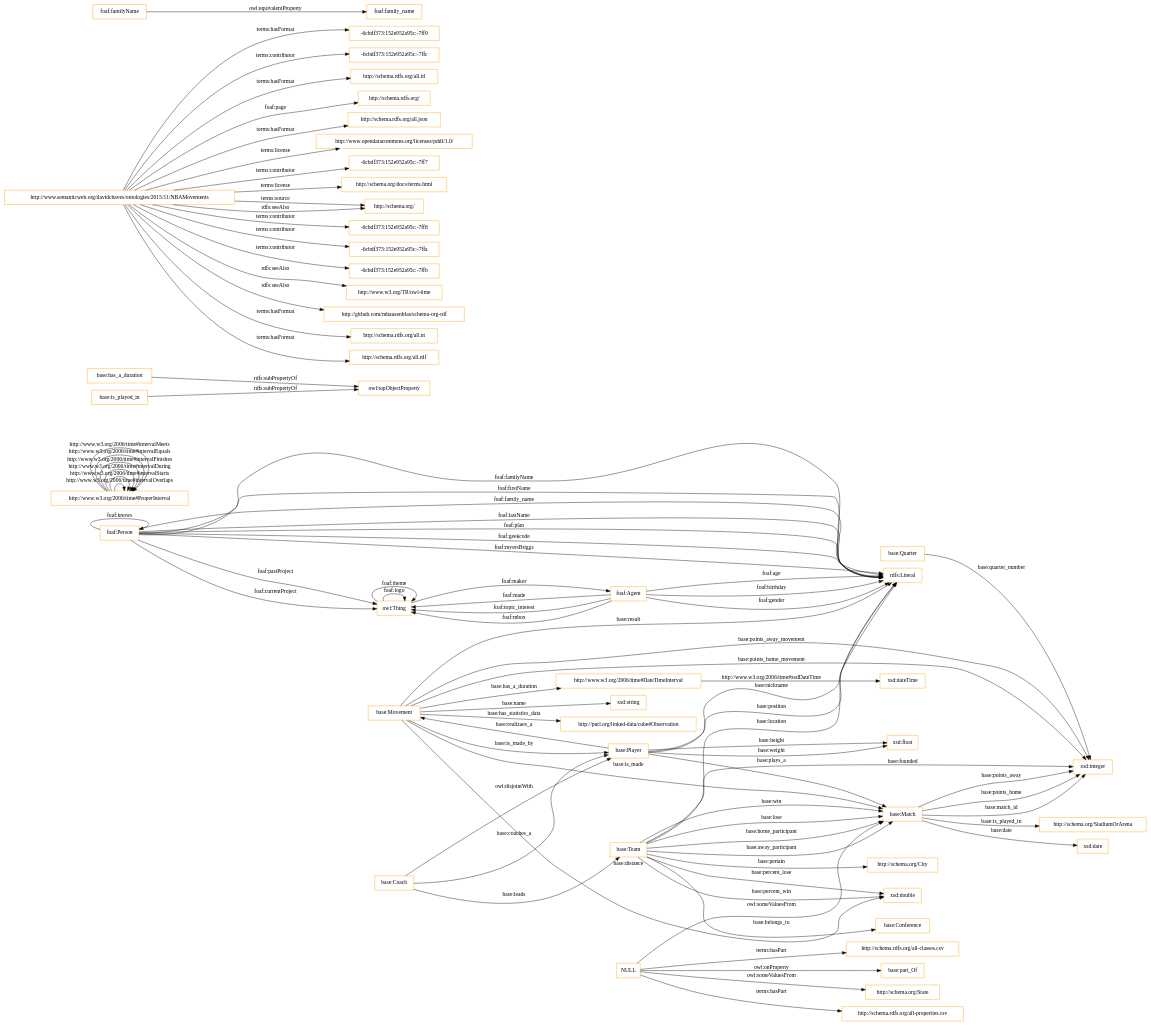
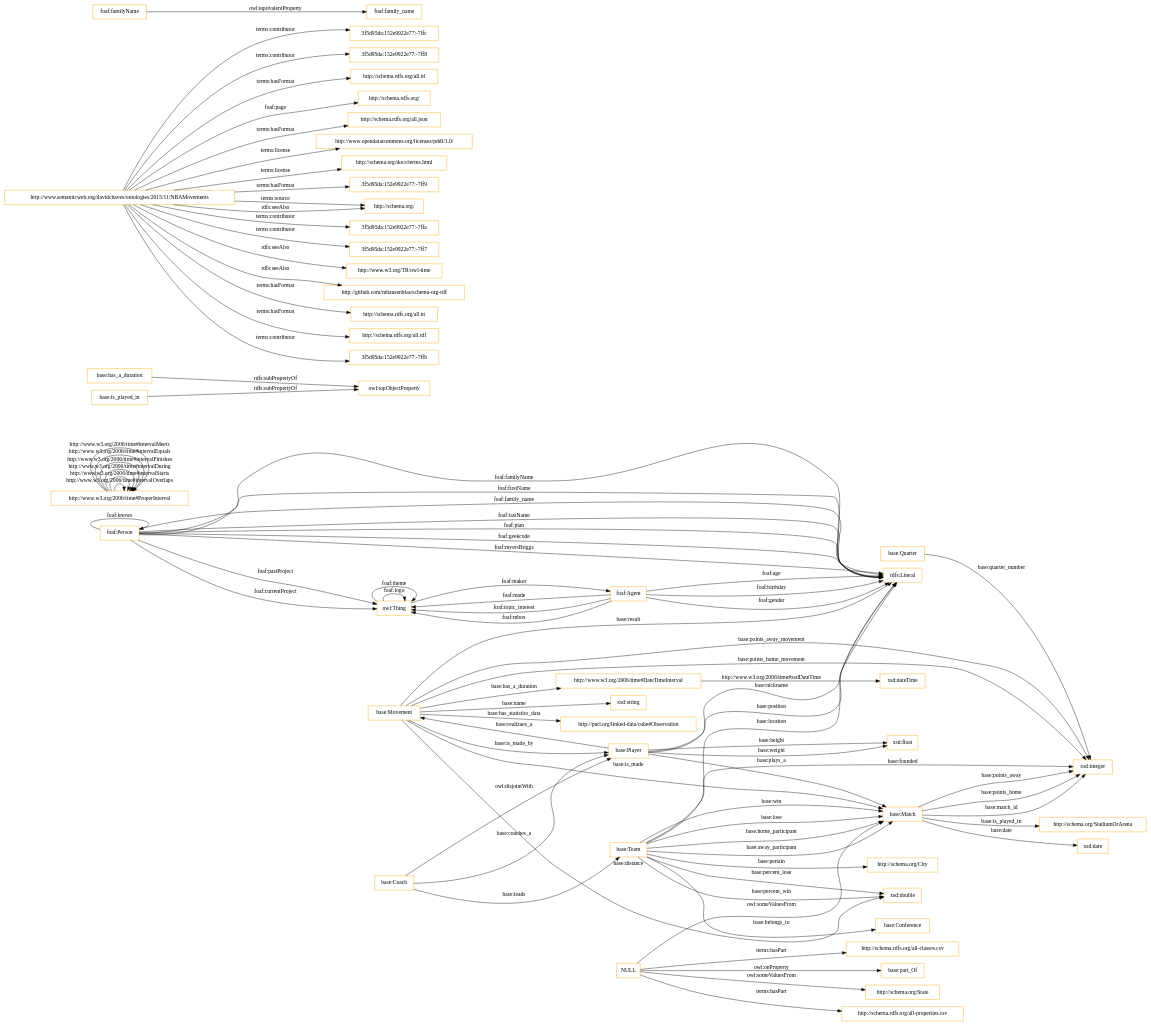
Before and after one commit to OnToologyUser/NBAMovements: the diagram in OnToology/NBAMovementsv2.owl/diagrams/ar2dtool-class/NBAMovementsv2.owl.png.dot, drawn with Graphviz. The commit also changed 4 other files, not shown here.

```diff
--- a/OnToology/NBAMovementsv2.owl/diagrams/ar2dtool-class/NBAMovementsv2.owl.png.dot
+++ b/OnToology/NBAMovementsv2.owl/diagrams/ar2dtool-class/NBAMovementsv2.owl.png.dot
@@ -1,91 +1,91 @@
 digraph ar2dtool_diagram { 
 rankdir=LR;
 size="1501"
 node [shape = rectangle, color="orange"]; "http://www.w3.org/2006/time#DateTimeInterval" "base:Team" "base:Coach" "http://www.w3.org/2006/time#ProperInterval" "http://schema.org/State" "http://schema.org/City" "foaf:Person" "base:Player" "base:Quarter" "http://schema.org/StadiumOrArena" "base:Match" "http://purl.org/linked-data/cube#Observation" "base:Movement" "base:Conference" ; /*classes style*/
 	"base:Coach" -> "base:Player" [ label = "owl:disjointWith" ];
 	"base:has_a_duration" -> "owl:topObjectProperty" [ label = "rdfs:subPropertyOf" ];
-	"http://www.semanticweb.org/davidchaves/ontologies/2015/11/NBAMovements" -> "-6cbdf373:152e952a95c:-7ff9" [ label = "terms:hasFormat" ];
-	"http://www.semanticweb.org/davidchaves/ontologies/2015/11/NBAMovements" -> "-6cbdf373:152e952a95c:-7ffc" [ label = "terms:contributor" ];
+	"http://www.semanticweb.org/davidchaves/ontologies/2015/11/NBAMovements" -> "3f5d95da:152e9922e77:-7ffc" [ label = "terms:contributor" ];
+	"http://www.semanticweb.org/davidchaves/ontologies/2015/11/NBAMovements" -> "3f5d95da:152e9922e77:-7ff8" [ label = "terms:contributor" ];
 	"http://www.semanticweb.org/davidchaves/ontologies/2015/11/NBAMovements" -> "http://schema.rdfs.org/all.ttl" [ label = "terms:hasFormat" ];
 	"http://www.semanticweb.org/davidchaves/ontologies/2015/11/NBAMovements" -> "http://schema.rdfs.org/" [ label = "foaf:page" ];
 	"http://www.semanticweb.org/davidchaves/ontologies/2015/11/NBAMovements" -> "http://schema.rdfs.org/all.json" [ label = "terms:hasFormat" ];
 	"http://www.semanticweb.org/davidchaves/ontologies/2015/11/NBAMovements" -> "http://www.opendatacommons.org/licenses/pddl/1.0/" [ label = "terms:license" ];
-	"http://www.semanticweb.org/davidchaves/ontologies/2015/11/NBAMovements" -> "-6cbdf373:152e952a95c:-7ff7" [ label = "terms:contributor" ];
 	"http://www.semanticweb.org/davidchaves/ontologies/2015/11/NBAMovements" -> "http://schema.org/docs/terms.html" [ label = "terms:license" ];
+	"http://www.semanticweb.org/davidchaves/ontologies/2015/11/NBAMovements" -> "3f5d95da:152e9922e77:-7ff9" [ label = "terms:hasFormat" ];
 	"http://www.semanticweb.org/davidchaves/ontologies/2015/11/NBAMovements" -> "http://schema.org/" [ label = "terms:source" ];
-	"http://www.semanticweb.org/davidchaves/ontologies/2015/11/NBAMovements" -> "-6cbdf373:152e952a95c:-7ff8" [ label = "terms:contributor" ];
-	"http://www.semanticweb.org/davidchaves/ontologies/2015/11/NBAMovements" -> "-6cbdf373:152e952a95c:-7ffa" [ label = "terms:contributor" ];
-	"http://www.semanticweb.org/davidchaves/ontologies/2015/11/NBAMovements" -> "-6cbdf373:152e952a95c:-7ffb" [ label = "terms:contributor" ];
+	"http://www.semanticweb.org/davidchaves/ontologies/2015/11/NBAMovements" -> "3f5d95da:152e9922e77:-7ffa" [ label = "terms:contributor" ];
+	"http://www.semanticweb.org/davidchaves/ontologies/2015/11/NBAMovements" -> "3f5d95da:152e9922e77:-7ff7" [ label = "terms:contributor" ];
 	"http://www.semanticweb.org/davidchaves/ontologies/2015/11/NBAMovements" -> "http://www.w3.org/TR/owl-time" [ label = "rdfs:seeAlso" ];
 	"http://www.semanticweb.org/davidchaves/ontologies/2015/11/NBAMovements" -> "http://schema.org/" [ label = "rdfs:seeAlso" ];
 	"http://www.semanticweb.org/davidchaves/ontologies/2015/11/NBAMovements" -> "http://github.com/mhausenblas/schema-org-rdf" [ label = "rdfs:seeAlso" ];
 	"http://www.semanticweb.org/davidchaves/ontologies/2015/11/NBAMovements" -> "http://schema.rdfs.org/all.nt" [ label = "terms:hasFormat" ];
 	"http://www.semanticweb.org/davidchaves/ontologies/2015/11/NBAMovements" -> "http://schema.rdfs.org/all.rdf" [ label = "terms:hasFormat" ];
+	"http://www.semanticweb.org/davidchaves/ontologies/2015/11/NBAMovements" -> "3f5d95da:152e9922e77:-7ffb" [ label = "terms:contributor" ];
 	"base:is_played_in" -> "owl:topObjectProperty" [ label = "rdfs:subPropertyOf" ];
 	"foaf:familyName" -> "foaf:family_name" [ label = "owl:equivalentProperty" ];
+	"NULL" -> "http://schema.org/State" [ label = "owl:someValuesFrom" ];
 	"NULL" -> "http://schema.rdfs.org/all-properties.csv" [ label = "terms:hasPart" ];
 	"NULL" -> "http://schema.rdfs.org/all-classes.csv" [ label = "terms:hasPart" ];
 	"NULL" -> "base:Match" [ label = "owl:someValuesFrom" ];
-	"NULL" -> "http://schema.org/State" [ label = "owl:someValuesFrom" ];
 	"NULL" -> "base:part_Of" [ label = "owl:onProperty" ];
 	"base:Team" -> "rdfs:Literal" [ label = "base:location" ];
 	"owl:Thing" -> "foaf:Agent" [ label = "foaf:maker" ];
 	"base:Player" -> "rdfs:Literal" [ label = "base:nickname" ];
 	"base:Player" -> "rdfs:Literal" [ label = "base:position" ];
 	"base:Movement" -> "xsd:integer" [ label = "base:points_home_movement" ];
 	"http://www.w3.org/2006/time#ProperInterval" -> "http://www.w3.org/2006/time#ProperInterval" [ label = "http://www.w3.org/2006/time#intervalOverlaps" ];
 	"owl:Thing" -> "owl:Thing" [ label = "foaf:logo" ];
 	"foaf:Agent" -> "owl:Thing" [ label = "foaf:made" ];
 	"foaf:Agent" -> "rdfs:Literal" [ label = "foaf:birthday" ];
 	"base:Player" -> "base:Movement" [ label = "base:realizaes_a" ];
 	"foaf:Person" -> "rdfs:Literal" [ label = "foaf:familyName" ];
 	"base:Movement" -> "rdfs:Literal" [ label = "base:result" ];
 	"foaf:Person" -> "rdfs:Literal" [ label = "foaf:firstName" ];
 	"base:Team" -> "base:Match" [ label = "base:home_participant" ];
 	"foaf:Person" -> "owl:Thing" [ label = "foaf:currentProject" ];
 	"base:Movement" -> "http://purl.org/linked-data/cube#Observation" [ label = "base:has_statistics_data" ];
 	"http://www.w3.org/2006/time#ProperInterval" -> "http://www.w3.org/2006/time#ProperInterval" [ label = "http://www.w3.org/2006/time#intervalStarts" ];
 	"http://www.w3.org/2006/time#DateTimeInterval" -> "xsd:dateTime" [ label = "http://www.w3.org/2006/time#xsdDateTime" ];
 	"foaf:Agent" -> "owl:Thing" [ label = "foaf:topic_interest" ];
 	"base:Movement" -> "http://www.w3.org/2006/time#DateTimeInterval" [ label = "base:has_a_duration" ];
 	"foaf:Agent" -> "rdfs:Literal" [ label = "foaf:gender" ];
 	"base:Movement" -> "xsd:string" [ label = "base:name" ];
 	"base:Match" -> "xsd:integer" [ label = "base:points_away" ];
 	"base:Team" -> "base:Match" [ label = "base:away_participant" ];
 	"http://www.w3.org/2006/time#ProperInterval" -> "http://www.w3.org/2006/time#ProperInterval" [ label = "http://www.w3.org/2006/time#intervalDuring" ];
 	"base:Team" -> "base:Conference" [ label = "base:belongs_to" ];
 	"http://www.w3.org/2006/time#ProperInterval" -> "http://www.w3.org/2006/time#ProperInterval" [ label = "http://www.w3.org/2006/time#intervalFinishes" ];
 	"base:Coach" -> "base:Player" [ label = "base:coaches_a" ];
 	"base:Team" -> "xsd:integer" [ label = "base:founded" ];
 	"base:Team" -> "base:Match" [ label = "base:win" ];
 	"base:Match" -> "xsd:integer" [ label = "base:points_home" ];
 	"base:Team" -> "xsd:double" [ label = "base:percent_win" ];
 	"foaf:Person" -> "rdfs:Literal" [ label = "foaf:family_name" ];
 	"base:Movement" -> "xsd:double" [ label = "base:distance" ];
 	"base:Player" -> "xsd:float" [ label = "base:weight" ];
 	"base:Team" -> "base:Match" [ label = "base:lose" ];
 	"owl:Thing" -> "owl:Thing" [ label = "foaf:theme" ];
 	"base:Match" -> "xsd:date" [ label = "base:date" ];
 	"foaf:Agent" -> "rdfs:Literal" [ label = "foaf:age" ];
 	"foaf:Agent" -> "owl:Thing" [ label = "foaf:mbox" ];
 	"foaf:Person" -> "rdfs:Literal" [ label = "foaf:lastName" ];
 	"base:Team" -> "xsd:double" [ label = "base:percent_lose" ];
 	"http://www.w3.org/2006/time#ProperInterval" -> "http://www.w3.org/2006/time#ProperInterval" [ label = "http://www.w3.org/2006/time#intervalEquals" ];
 	"foaf:Person" -> "owl:Thing" [ label = "foaf:pastProject" ];
 	"base:Match" -> "xsd:integer" [ label = "base:match_id" ];
 	"base:Movement" -> "base:Player" [ label = "base:is_made_by" ];
 	"base:Match" -> "http://schema.org/StadiumOrArena" [ label = "base:is_played_in" ];
 	"foaf:Person" -> "foaf:Person" [ label = "foaf:knows" ];
 	"base:Player" -> "base:Match" [ label = "base:plays_a" ];
 	"foaf:Person" -> "rdfs:Literal" [ label = "foaf:plan" ];
 	"foaf:Person" -> "rdfs:Literal" [ label = "foaf:geekcode" ];
 	"base:Team" -> "http://schema.org/City" [ label = "base:pertain" ];
 	"base:Quarter" -> "xsd:integer" [ label = "base:quarter_number" ];
 	"base:Coach" -> "base:Team" [ label = "base:leads" ];
 	"base:Movement" -> "base:Match" [ label = "base:is_made" ];
 	"http://www.w3.org/2006/time#ProperInterval" -> "http://www.w3.org/2006/time#ProperInterval" [ label = "http://www.w3.org/2006/time#intervalMeets" ];
 	"base:Player" -> "xsd:float" [ label = "base:height" ];
 	"base:Movement" -> "xsd:integer" [ label = "base:points_away_movement" ];
 	"foaf:Person" -> "rdfs:Literal" [ label = "foaf:myersBriggs" ];
 
 }
```
